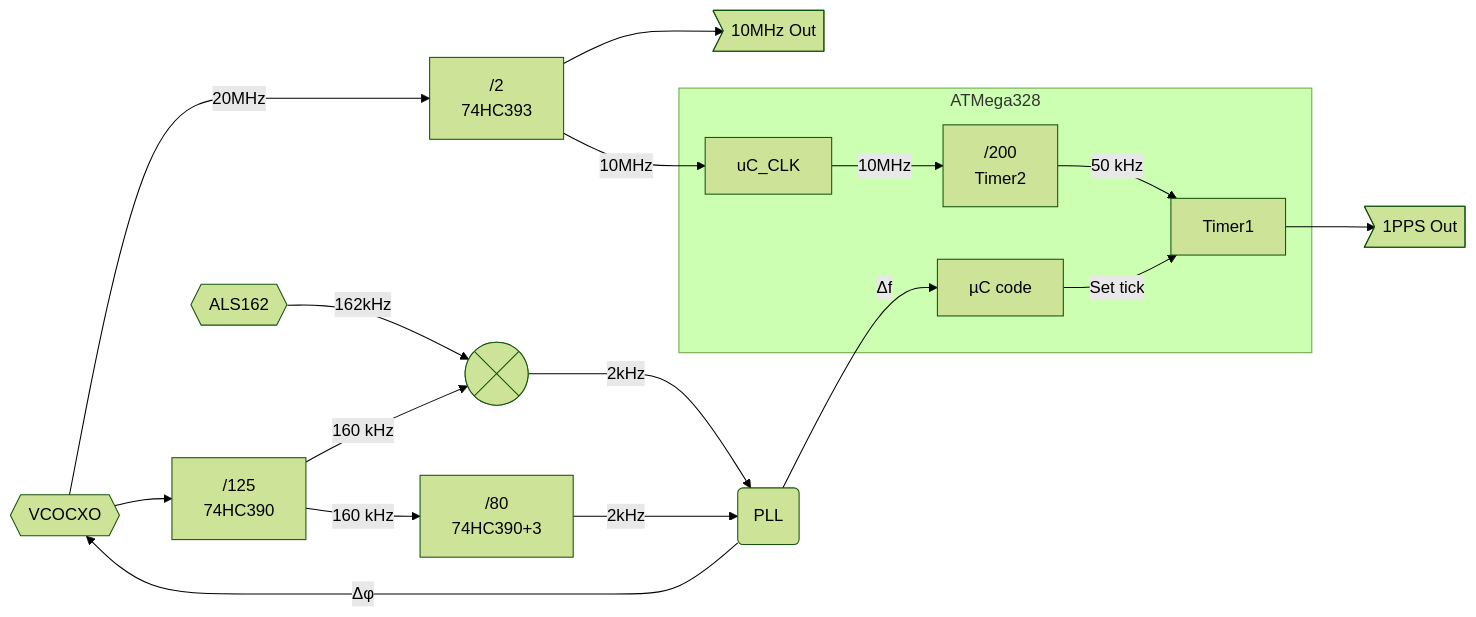
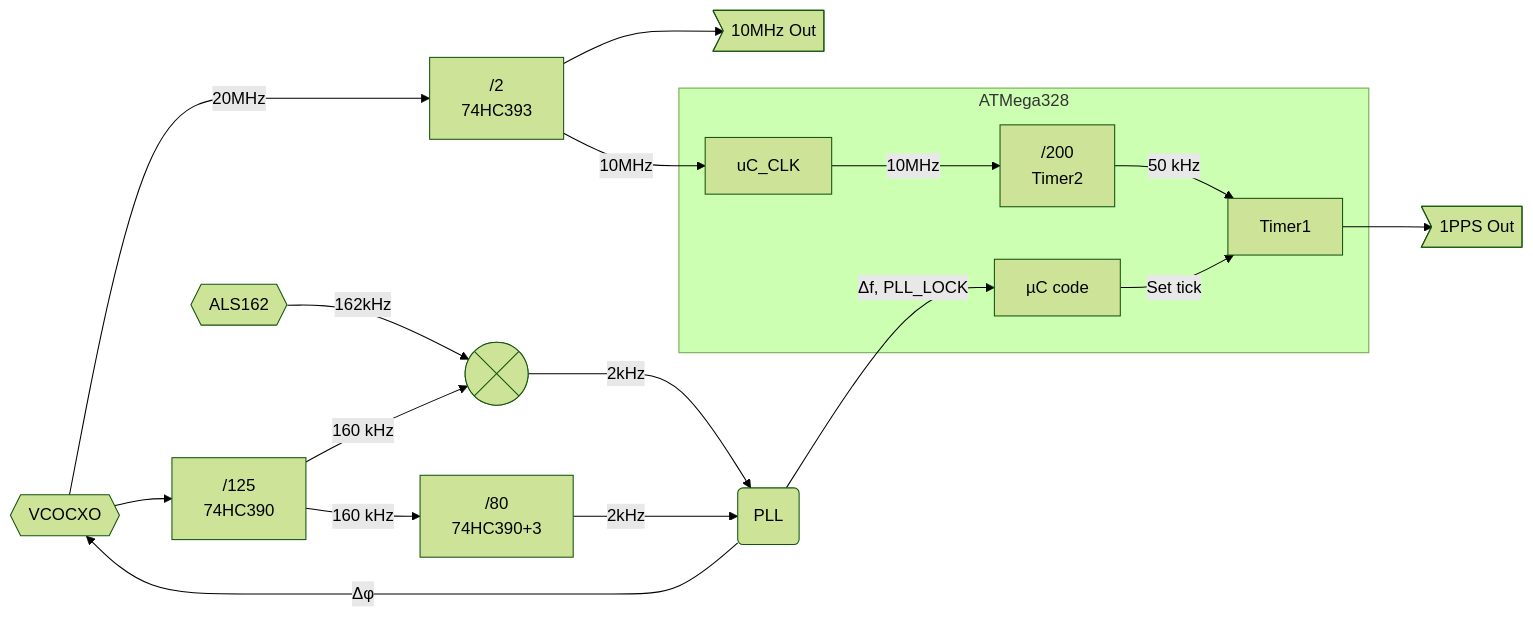
Before and after one commit to dscp46/als162: the diagram in doc/Clock_Architecture.md, drawn with Mermaid (forest theme).

````diff
--- a/doc/Clock_Architecture.md
+++ b/doc/Clock_Architecture.md
@@ -6,23 +6,23 @@
 ```mermaid
 flowchart LR
     CLK@{ shape: hex, label: "VCOCXO"} -->|20MHz| D2[ /2<br>74HC393 ]
     D2 --> 10M> 10MHz Out ]
     D2 -->|10MHz| uC_CLK
     
     CLK --> D125[ /125<br>74HC390 ]
     D125 -->|160 kHz| MIX@{ shape: cross-circ }
     ALS162@{ shape: hex, label: "ALS162"} -->|162kHz| MIX
     MIX -->|2kHz| PLL(PLL)
     D125 -->|160 kHz| D80[ /80<br>74HC390+3 ]
     D80 -->|2kHz| PLL
     PLL -->|Δφ| CLK
-    PLL -->|Δf| uC
+    PLL -->|Δf, PLL_LOCK| uC
 
     subgraph ATMega328
     uC_CLK -->|10MHz| T2
     uC[ µC code ] -->|Set tick| T1
     T2[ /200<br>Timer2 ] -->|50 kHz| T1[ Timer1 ]
     end
 
     T1 --> PPS> 1PPS Out ]
 ```
````
